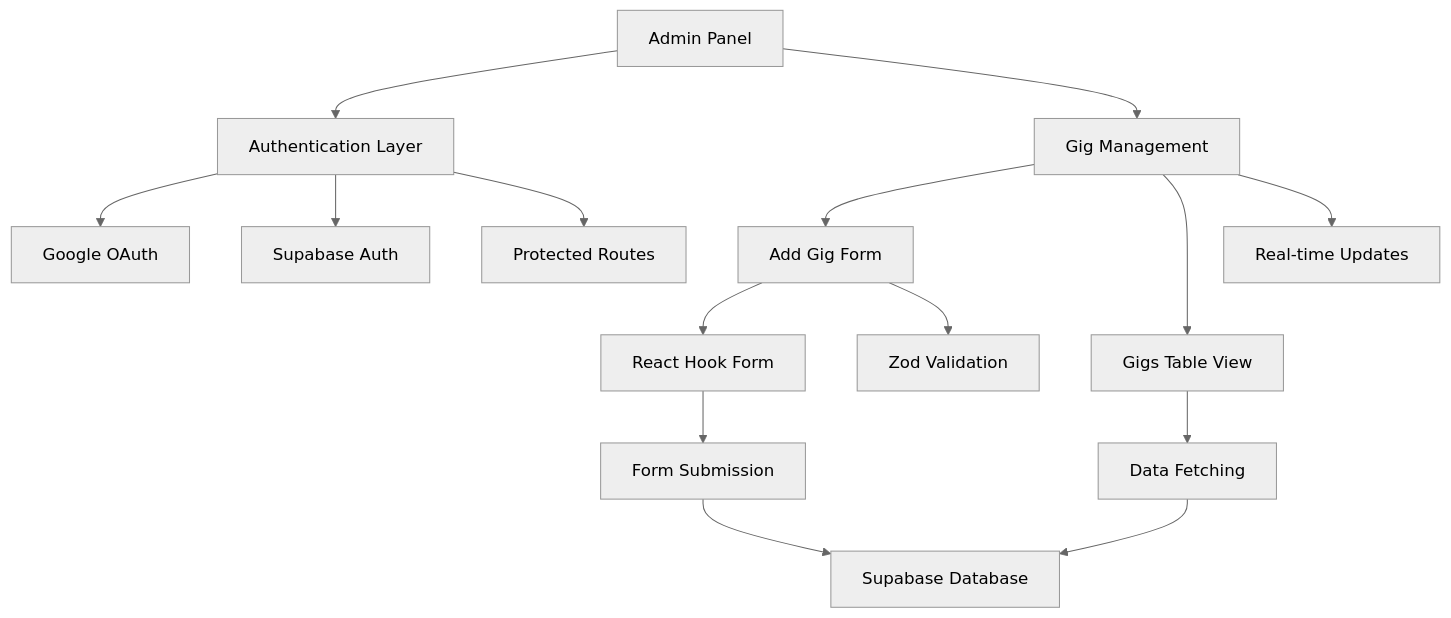
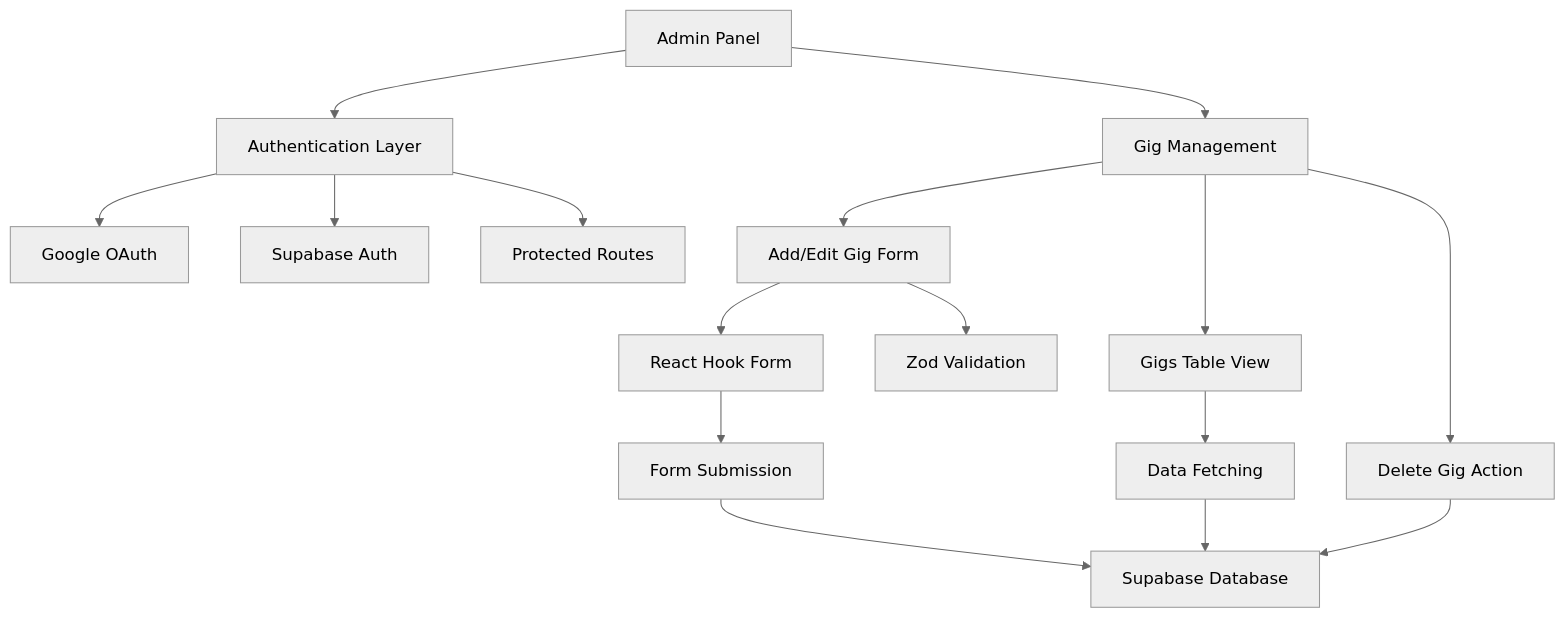
Before and after one commit to aj-kivimaki/jpx: the diagram in apps/admin-panel/README.md, drawn with Mermaid (neutral theme). The commit also changed other lines of this file and 9 other files, not shown here.

````diff
--- a/apps/admin-panel/README.md
+++ b/apps/admin-panel/README.md
@@ -32,20 +15,16 @@
 ```mermaid
 flowchart TD
     A[Admin Panel] --> B[Authentication Layer]
     A --> C[Gig Management]
-
     B --> D[Google OAuth]
     B --> E[Supabase Auth]
     B --> F[Protected Routes]
-
-    C --> G[Add Gig Form]
+    C --> G[Add/Edit Gig Form]
     C --> H[Gigs Table View]
-    C --> I[Real-time Updates]
-
+    C --> I[Delete Gig Action]
     G --> J[React Hook Form]
     G --> K[Zod Validation]
-    J --> L[Form Submission]
-    L --> M[Supabase Database]
-    H --> N[Data Fetching]
-    N --> M
+    J --> L[Form Submission] --> M[Supabase Database]
+    H --> N[Data Fetching] --> M
+    I --> M
 ```
````
